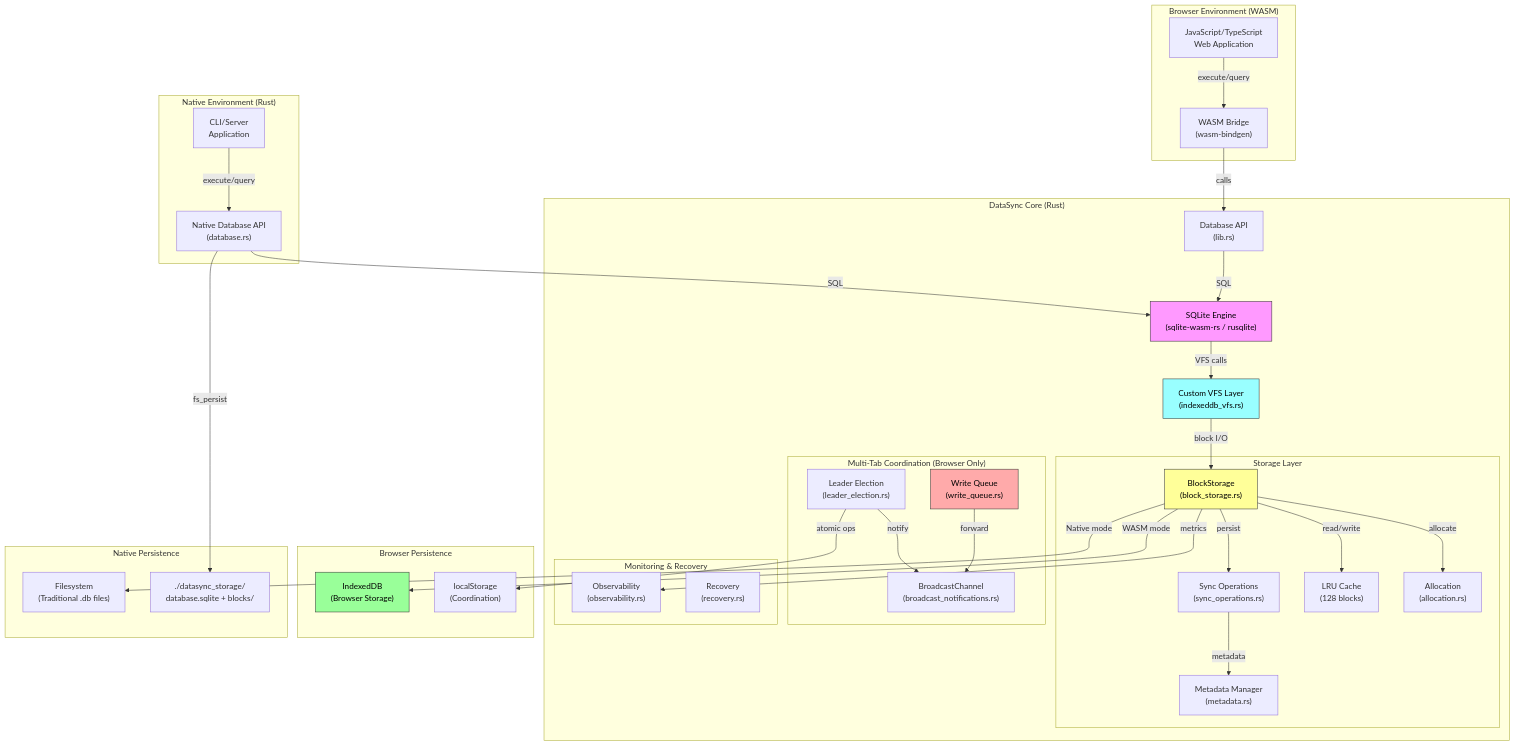
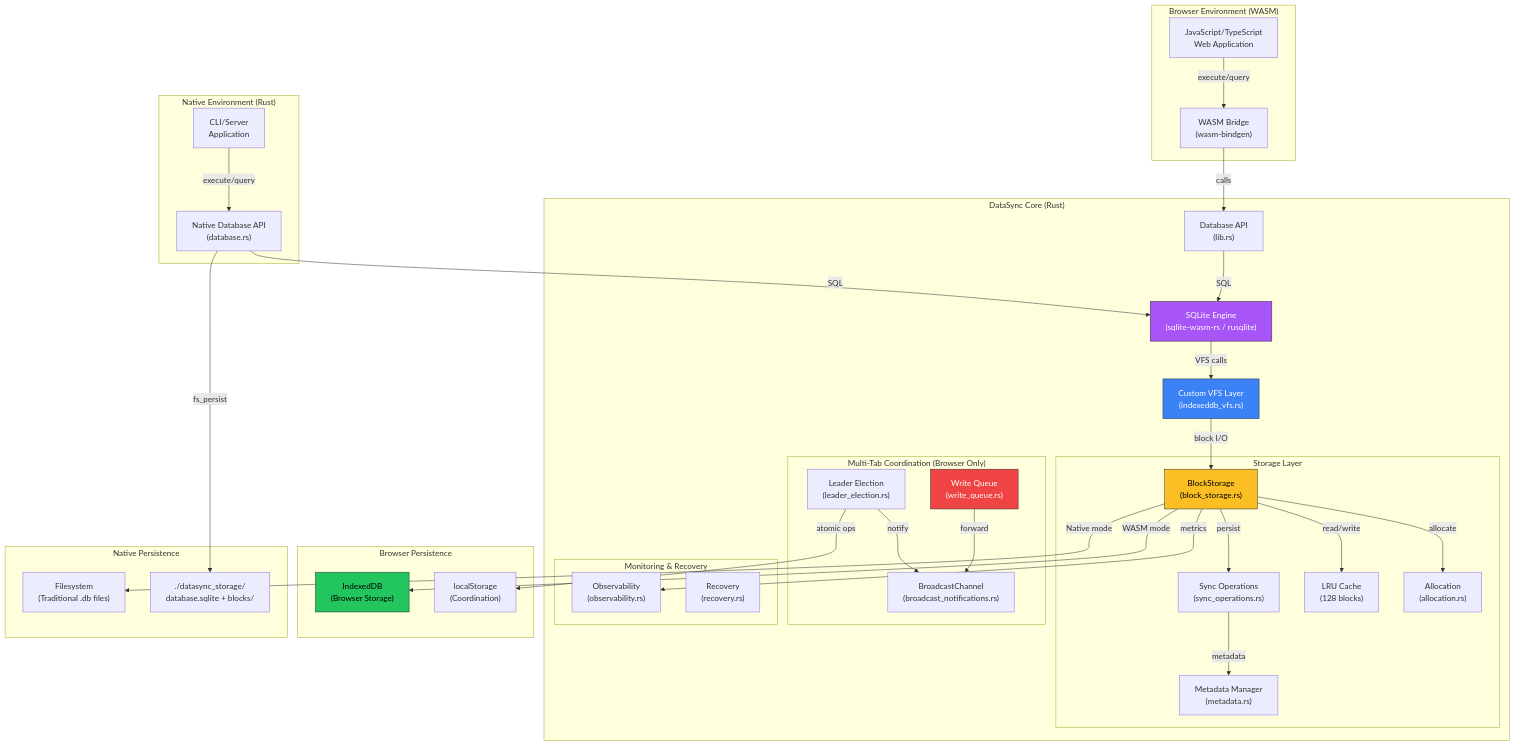
The diagram in README.md (npiesco/absurder-sql), drawn with Mermaid before and after one commit. The commit also changed other lines of this file, not shown here.

First line of the commit message:
docs: Replace legend diagram with emoji key and match mermaid colors

````diff
--- a/README.md
+++ b/README.md
@@ -25,72 +25,72 @@
 ```mermaid
 graph TB
     subgraph "Browser Environment (WASM)"
         JS["JavaScript/TypeScript<br/>Web Application"]
         WASM["WASM Bridge<br/>(wasm-bindgen)"]
     end
     
     subgraph "Native Environment (Rust)"
         CLI["CLI/Server<br/>Application"]
         NATIVE_DB["Native Database API<br/>(database.rs)"]
     end
     
     subgraph "DataSync Core (Rust)"
         DB["Database API<br/>(lib.rs)"]
         SQLITE["SQLite Engine<br/>(sqlite-wasm-rs / rusqlite)"]
         VFS["Custom VFS Layer<br/>(indexeddb_vfs.rs)"]
         
         subgraph "Storage Layer"
             BS["BlockStorage<br/>(block_storage.rs)"]
             SYNC["Sync Operations<br/>(sync_operations.rs)"]
             META["Metadata Manager<br/>(metadata.rs)"]
             CACHE["LRU Cache<br/>(128 blocks)"]
             ALLOC["Allocation<br/>(allocation.rs)"]
         end
         
         subgraph "Multi-Tab Coordination (Browser Only)"
             LEADER["Leader Election<br/>(leader_election.rs)"]
             BCAST["BroadcastChannel<br/>(broadcast_notifications.rs)"]
             QUEUE["Write Queue<br/>(write_queue.rs)"]
         end
         
         subgraph "Monitoring & Recovery"
             OBS["Observability<br/>(observability.rs)"]
             RECOVERY["Recovery<br/>(recovery.rs)"]
         end
     end
     
     subgraph "Browser Persistence"
         INDEXEDDB["IndexedDB<br/>(Browser Storage)"]
         LOCALSTORAGE["localStorage<br/>(Coordination)"]
     end
     
     subgraph "Native Persistence"
         FILESYSTEM["Filesystem<br/>(Traditional .db files)"]
         BLOCKS["./datasync_storage/<br/>database.sqlite + blocks/"]
     end
     
     JS -->|execute/query| WASM
     WASM -->|calls| DB
     CLI -->|execute/query| NATIVE_DB
     NATIVE_DB -->|SQL| SQLITE
     DB -->|SQL| SQLITE
     SQLITE -->|VFS calls| VFS
     VFS -->|block I/O| BS
     BS -->|read/write| CACHE
     BS -->|allocate| ALLOC
     BS -->|persist| SYNC
     SYNC -->|metadata| META
     BS -->|"WASM mode"| INDEXEDDB
     BS -->|"Native mode"| FILESYSTEM
     NATIVE_DB -->|"fs_persist"| BLOCKS
     BS -->|metrics| OBS
     LEADER -->|atomic ops| LOCALSTORAGE
     LEADER -->|notify| BCAST
     QUEUE -->|forward| BCAST
     
-    style SQLITE fill:#f9f,stroke:#333,color:#000
-    style VFS fill:#9ff,stroke:#333,color:#000
-    style BS fill:#ff9,stroke:#333,color:#000
-    style INDEXEDDB fill:#9f9,stroke:#333,color:#000
-    style QUEUE fill:#faa,stroke:#333,color:#000
+    style SQLITE fill:#a855f7,stroke:#333,color:#fff
+    style VFS fill:#3b82f6,stroke:#333,color:#fff
+    style BS fill:#fbbf24,stroke:#333,color:#000
+    style INDEXEDDB fill:#22c55e,stroke:#333,color:#000
+    style QUEUE fill:#ef4444,stroke:#333,color:#fff
 ```
````
